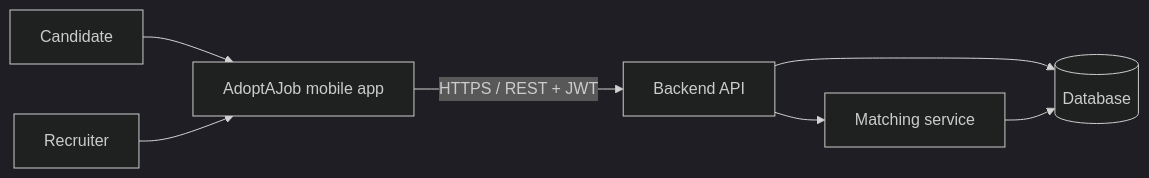
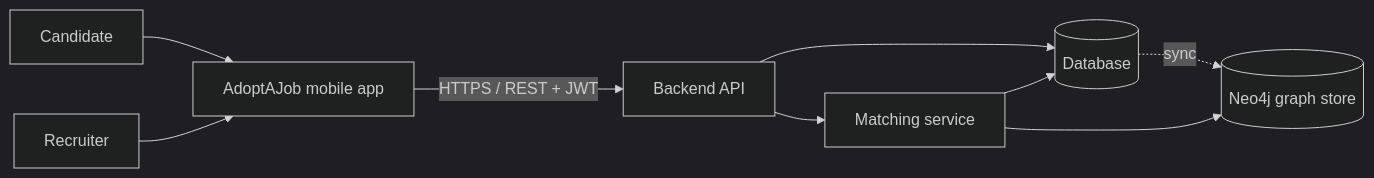
One commit to bhsei/26A changed the diagram in docs/requirements/SRS.md. Above: the diagram before and after it, drawn with Mermaid (dark theme). The commit also changed other lines of this file, not shown here.

Commit message:
W4 - SRS v0.3; adopt Neo4j graph store for ranking

````diff
--- a/docs/requirements/SRS.md
+++ b/docs/requirements/SRS.md
@@ -97,9 +99,11 @@
 ```mermaid
 flowchart LR
     C[Candidate] --> APP[AdoptAJob mobile app]
     R[Recruiter] --> APP
     APP -- HTTPS / REST + JWT --> API[Backend API]
     API --> DB[(Database)]
     API --> MS[Matching service]
     MS --> DB
+    DB -. sync .-> G[(Neo4j graph store)]
+    MS --> G
 ```
````
